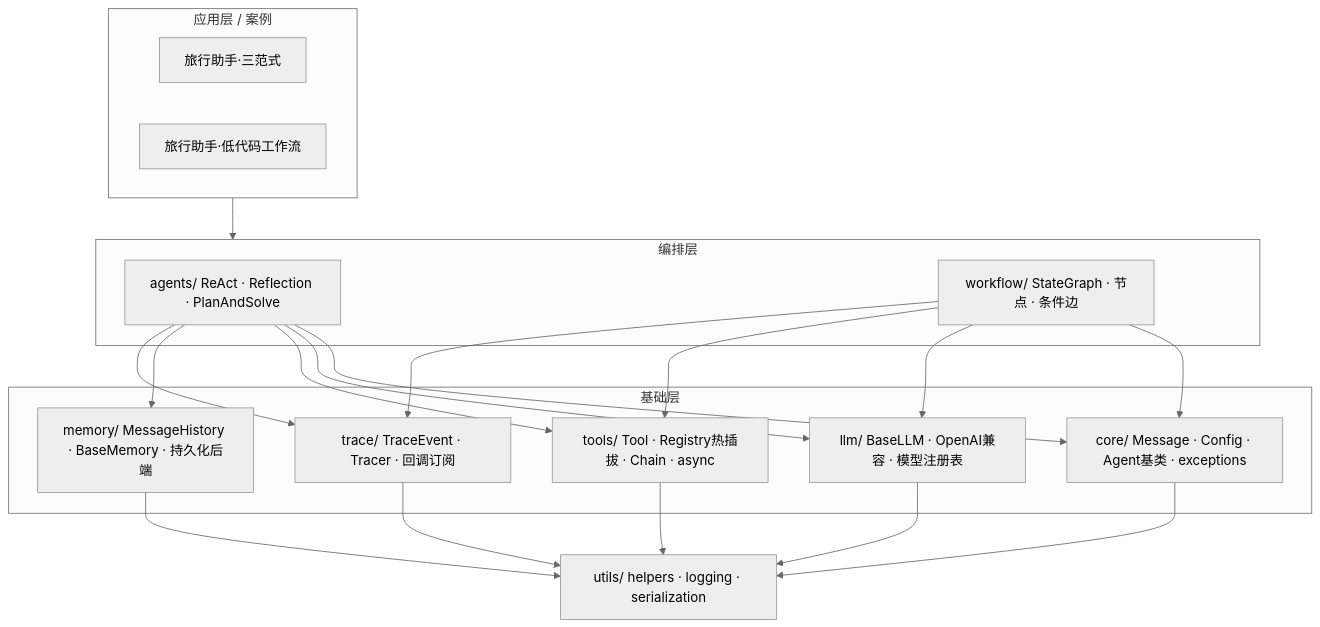
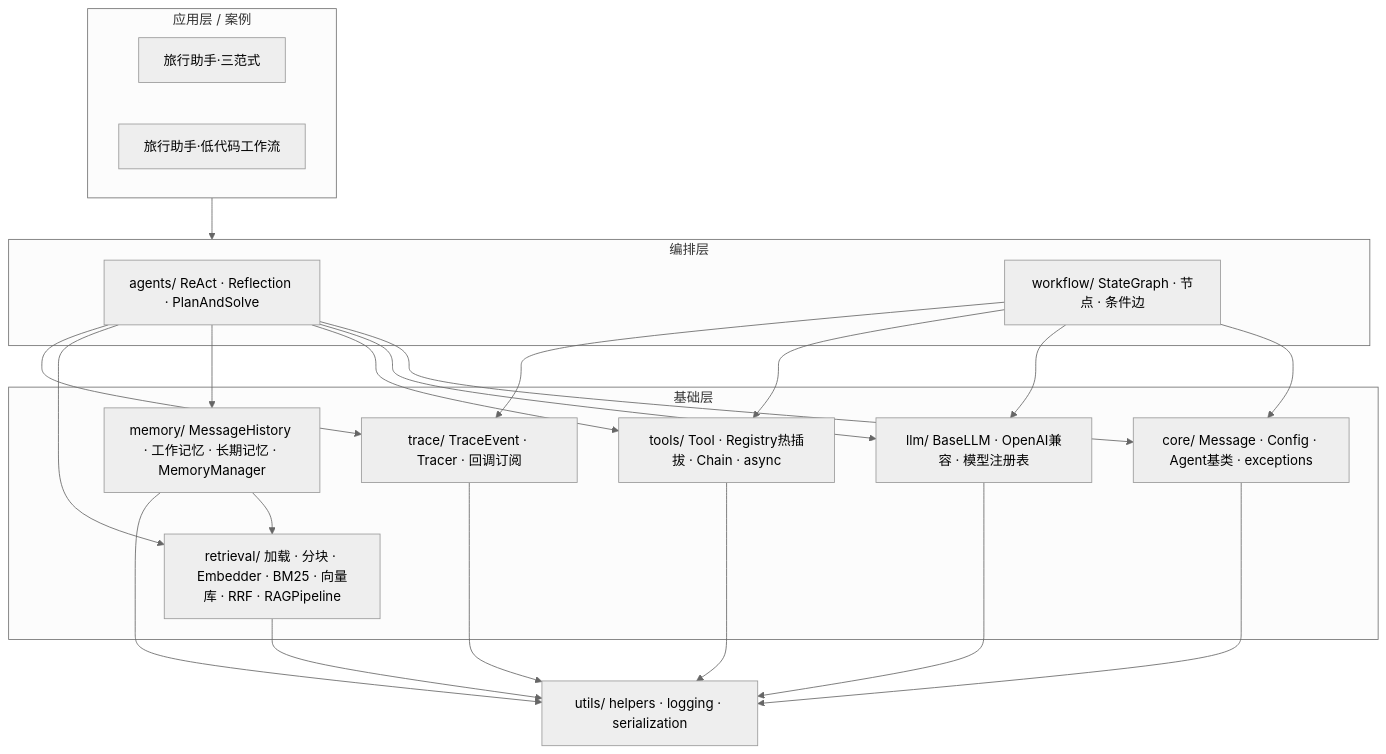
One commit to nlyc/hello-agent changed the diagram in docs/architecture.md. Above: the diagram before and after it, drawn with Mermaid (neutral theme). The commit also changed other lines of this file and 11 other files, not shown here.

````diff
--- a/docs/architecture.md
+++ b/docs/architecture.md
@@ -6,27 +6,29 @@
 ```mermaid
 flowchart TB
     subgraph APP[应用层 / 案例]
         TA[旅行助手·三范式]
         WF[旅行助手·低代码工作流]
     end
 
     subgraph ORCH[编排层]
         AG[agents/ ReAct · Reflection · PlanAndSolve]
         GR[workflow/ StateGraph · 节点 · 条件边]
     end
 
     subgraph BASE[基础层]
         CORE[core/ Message · Config · Agent基类 · exceptions]
         LLM[llm/ BaseLLM · OpenAI兼容 · 模型注册表]
         TOOL[tools/ Tool · Registry热插拔 · Chain · async]
-        MEM[memory/ MessageHistory · BaseMemory · 持久化后端]
+        MEM[memory/ MessageHistory · 工作记忆 · 长期记忆 · MemoryManager]
+        RAG[retrieval/ 加载 · 分块 · Embedder · BM25 · 向量库 · RRF · RAGPipeline]
         TRACE[trace/ TraceEvent · Tracer · 回调订阅]
     end
 
     UTILS[utils/ helpers · logging · serialization]
 
     APP --> ORCH
-    AG --> CORE & LLM & TOOL & MEM & TRACE
+    AG --> CORE & LLM & TOOL & MEM & RAG & TRACE
     GR --> CORE & LLM & TOOL & TRACE
-    CORE & LLM & TOOL & MEM & TRACE --> UTILS
+    MEM --> RAG
+    CORE & LLM & TOOL & MEM & RAG & TRACE --> UTILS
 ```
````
